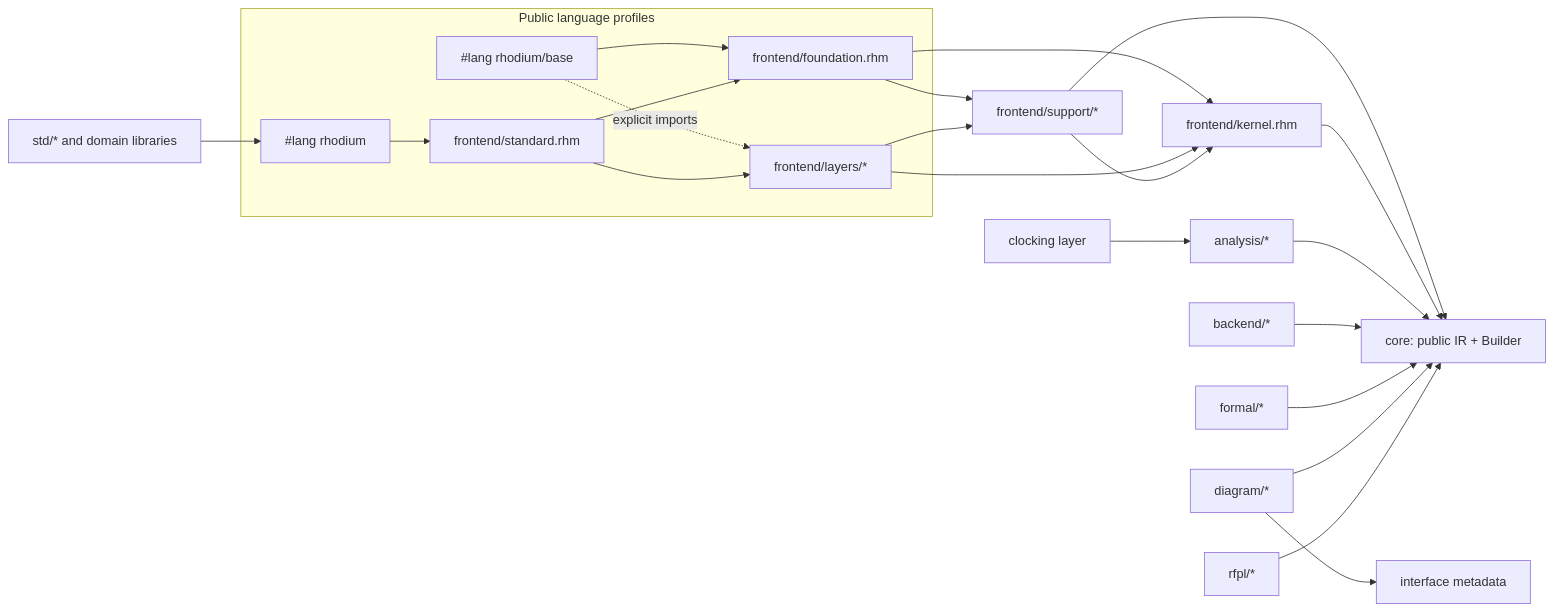
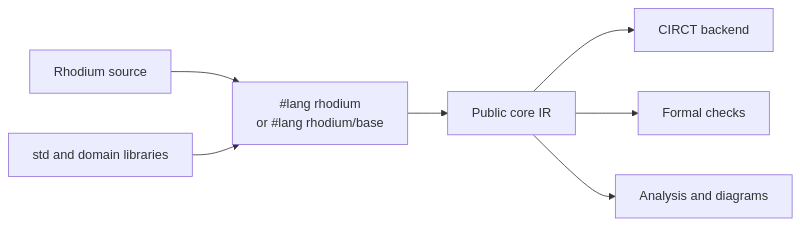
Before and after one commit to jerryz123/rhdl: the diagram in rhodium/README.md, drawn with Mermaid. The commit also changed other lines of this file and 76 other files, not shown here.

````diff
--- a/rhodium/README.md
+++ b/rhodium/README.md
@@ -20,29 +32,9 @@
 ```mermaid
 flowchart LR
-  subgraph Profiles[Public language profiles]
-    Rhodium["#lang rhodium"] --> Standard["frontend/standard.rhm"]
-    Base["#lang rhodium/base"] --> Foundation["frontend/foundation.rhm"]
-    Base -.->|explicit imports| Layers["frontend/layers/*"]
-    Standard --> Foundation
-    Standard --> Layers
-  end
-
-  Foundation --> Support["frontend/support/*"]
-  Foundation --> Kernel["frontend/kernel.rhm"]
-  Layers --> Support
-  Layers --> Kernel
-  Support --> Kernel
-  Support --> Core["core: public IR + Builder"]
-  Kernel --> Core
-
-  Clocking["clocking layer"] --> Analysis["analysis/*"]
-  Analysis --> Core
-
-  Backend["backend/*"] --> Core
-  Formal["formal/*"] --> Core
-  Diagram["diagram/*"] --> Core
-  Diagram --> InterfaceMeta["interface metadata"]
-
-  RFPL["rfpl/*"] --> Core
-  Libraries["std/* and domain libraries"] --> Rhodium
+  Author["Rhodium source"] --> Profiles["#lang rhodium<br/>or #lang rhodium/base"]
+  Profiles --> Core["Public core IR"]
+  Core --> Backend["CIRCT backend"]
+  Core --> Formal["Formal checks"]
+  Core --> Views["Analysis and diagrams"]
+  Libraries["std and domain libraries"] --> Profiles
 ```
````
